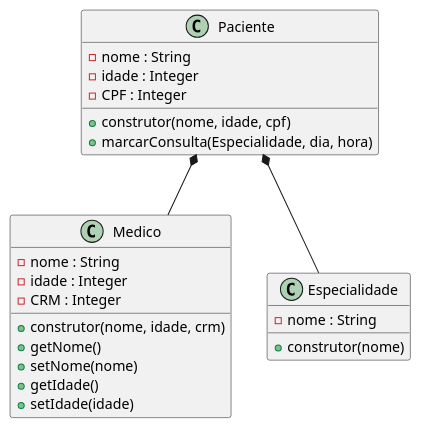
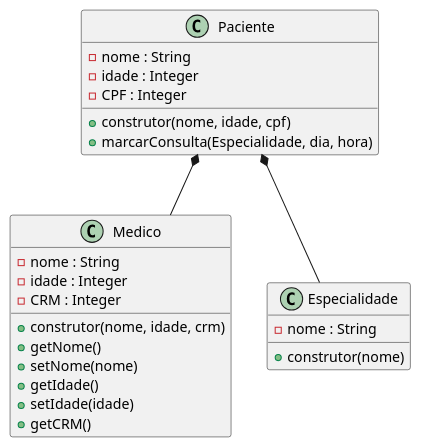
One commit to anleaes/2022-1-N2-POO-03 changed the diagram in diagrama.plantuml. Above: the diagram before and after it, drawn with PlantUML.

Commit message:
colocado getCRM em Medico

```diff
--- a/diagrama.plantuml
+++ b/diagrama.plantuml
@@ -1,31 +1,31 @@
 @startuml Gerenciamento de Exames Medicos
 
     class Paciente{
         - nome : String
         - idade : Integer
         - CPF : Integer
         + construtor(nome, idade, cpf)
         + marcarConsulta(Especialidade, dia, hora)
     }
 
     class Medico{
         - nome : String
         - idade : Integer
         - CRM : Integer
         + construtor(nome, idade, crm)
         + getNome()
         + setNome(nome)
         + getIdade()
         + setIdade(idade)
-
+        + getCRM()
     }
 
     class Especialidade{
         - nome : String
         + construtor(nome)
     }
 
     Paciente *-- Medico
     Paciente *-- Especialidade
 
 @enduml
```
